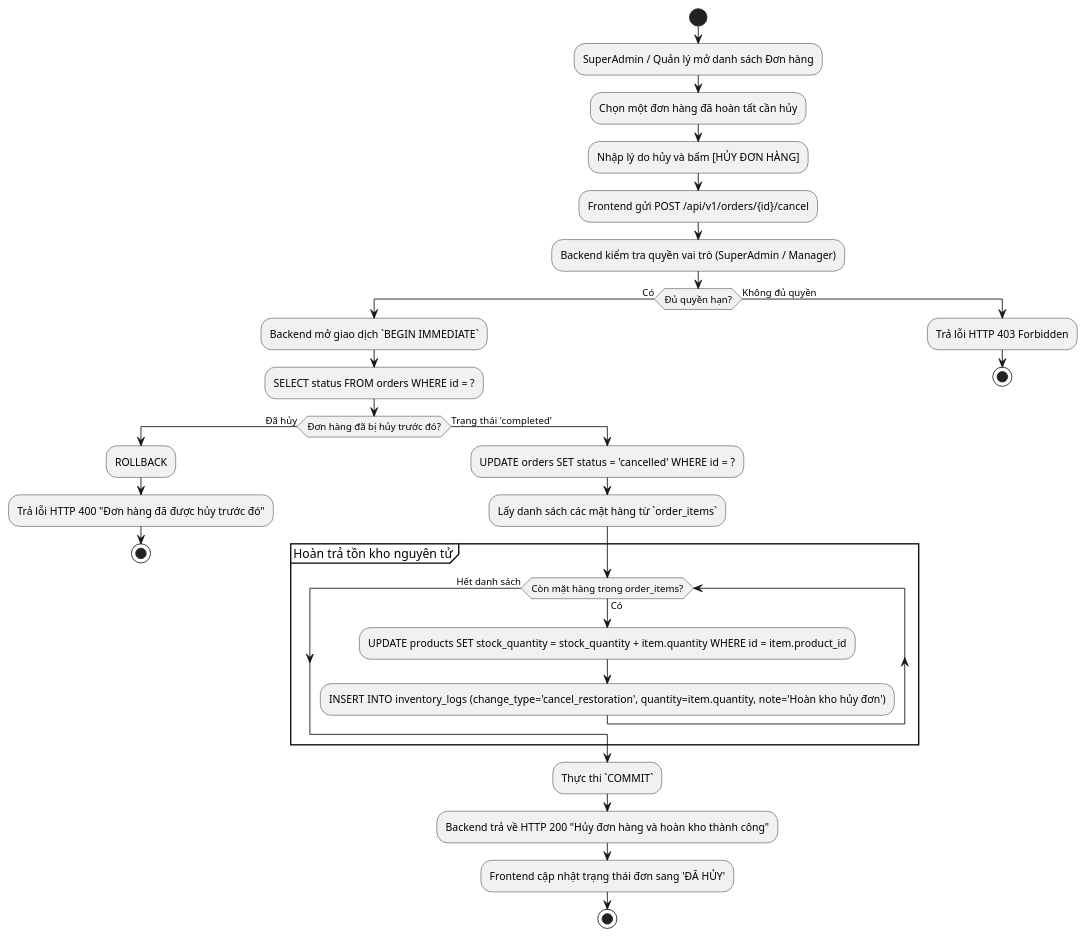
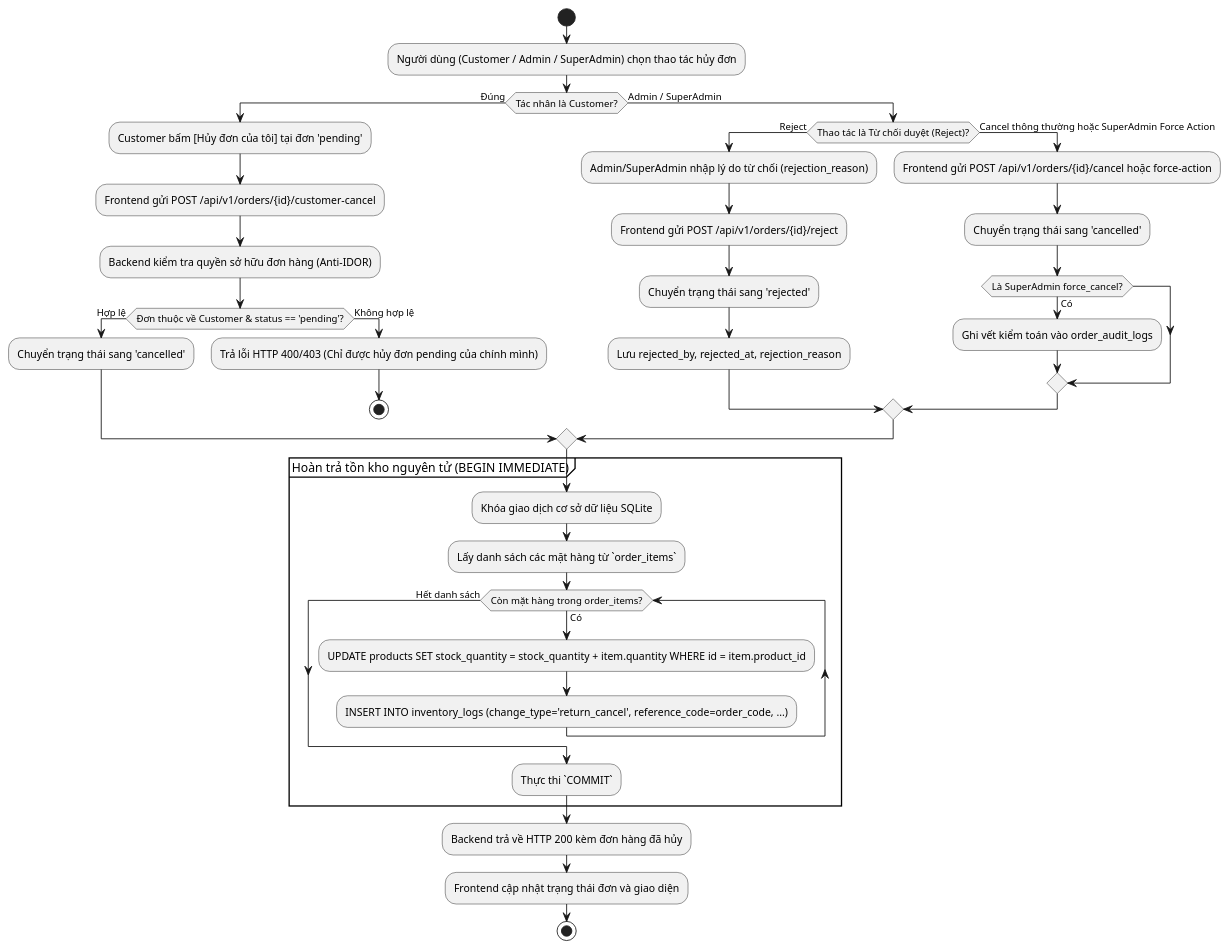
The diagram in docs/diagrams/UC010-cancel-order-activity.puml (Leoth01O2/WebStoreAI), drawn with PlantUML before and after one commit. The commit also changed 41 other files, not shown here.

```diff
--- a/docs/diagrams/UC010-cancel-order-activity.puml
+++ b/docs/diagrams/UC010-cancel-order-activity.puml
@@ -1,38 +1,46 @@
 @startuml
 skinparam defaultFontName "Arial"
 skinparam shadowing false
 
 start
-:SuperAdmin / Quản lý mở danh sách Đơn hàng;
-:Chọn một đơn hàng đã hoàn tất cần hủy;
-:Nhập lý do hủy và bấm [HỦY ĐƠN HÀNG];
+:Người dùng (Customer / Admin / SuperAdmin) chọn thao tác hủy đơn;
 
-:Frontend gửi POST /api/v1/orders/{id}/cancel;
-:Backend kiểm tra quyền vai trò (SuperAdmin / Manager);
-
-if (Đủ quyền hạn?) then (Có)
-    :Backend mở giao dịch `BEGIN IMMEDIATE`;
-    :SELECT status FROM orders WHERE id = ?;
-    if (Đơn hàng đã bị hủy trước đó?) then (Đã hủy)
-        :ROLLBACK;
-        :Trả lỗi HTTP 400 "Đơn hàng đã được hủy trước đó";
-        stop
-    else (Trạng thái 'completed')
-        :UPDATE orders SET status = 'cancelled' WHERE id = ?;
-        :Lấy danh sách các mặt hàng từ `order_items`;
-        partition "Hoàn trả tồn kho nguyên tử" {
-            while (Còn mặt hàng trong order_items?) is (Có)
-                :UPDATE products SET stock_quantity = stock_quantity + item.quantity WHERE id = item.product_id;
-                :INSERT INTO inventory_logs (change_type='cancel_restoration', quantity=item.quantity, note='Hoàn kho hủy đơn');
-            endwhile (Hết danh sách)
-        }
-        :Thực thi `COMMIT`;
-        :Backend trả về HTTP 200 "Hủy đơn hàng và hoàn kho thành công";
-        :Frontend cập nhật trạng thái đơn sang 'ĐÃ HỦY';
+if (Tác nhân là Customer?) then (Đúng)
+    :Customer bấm [Hủy đơn của tôi] tại đơn 'pending';
+    :Frontend gửi POST /api/v1/orders/{id}/customer-cancel;
+    :Backend kiểm tra quyền sở hữu đơn hàng (Anti-IDOR);
+    if (Đơn thuộc về Customer & status == 'pending'?) then (Hợp lệ)
+        :Chuyển trạng thái sang 'cancelled';
+    else (Không hợp lệ)
+        :Trả lỗi HTTP 400/403 (Chỉ được hủy đơn pending của chính mình);
         stop
     endif
-else (Không đủ quyền)
-    :Trả lỗi HTTP 403 Forbidden;
-    stop
+else (Admin / SuperAdmin)
+    if (Thao tác là Từ chối duyệt (Reject)?) then (Reject)
+        :Admin/SuperAdmin nhập lý do từ chối (rejection_reason);
+        :Frontend gửi POST /api/v1/orders/{id}/reject;
+        :Chuyển trạng thái sang 'rejected';
+        :Lưu rejected_by, rejected_at, rejection_reason;
+    else (Cancel thông thường hoặc SuperAdmin Force Action)
+        :Frontend gửi POST /api/v1/orders/{id}/cancel hoặc force-action;
+        :Chuyển trạng thái sang 'cancelled';
+        if (Là SuperAdmin force_cancel?) then (Có)
+            :Ghi vết kiểm toán vào order_audit_logs;
+        endif
+    endif
 endif
+
+partition "Hoàn trả tồn kho nguyên tử (BEGIN IMMEDIATE)" {
+    :Khóa giao dịch cơ sở dữ liệu SQLite;
+    :Lấy danh sách các mặt hàng từ `order_items`;
+    while (Còn mặt hàng trong order_items?) is (Có)
+        :UPDATE products SET stock_quantity = stock_quantity + item.quantity WHERE id = item.product_id;
+        :INSERT INTO inventory_logs (change_type='return_cancel', reference_code=order_code, ...);
+    endwhile (Hết danh sách)
+    :Thực thi `COMMIT`;
+}
+
+:Backend trả về HTTP 200 kèm đơn hàng đã hủy;
+:Frontend cập nhật trạng thái đơn và giao diện;
+stop
 @enduml
```
